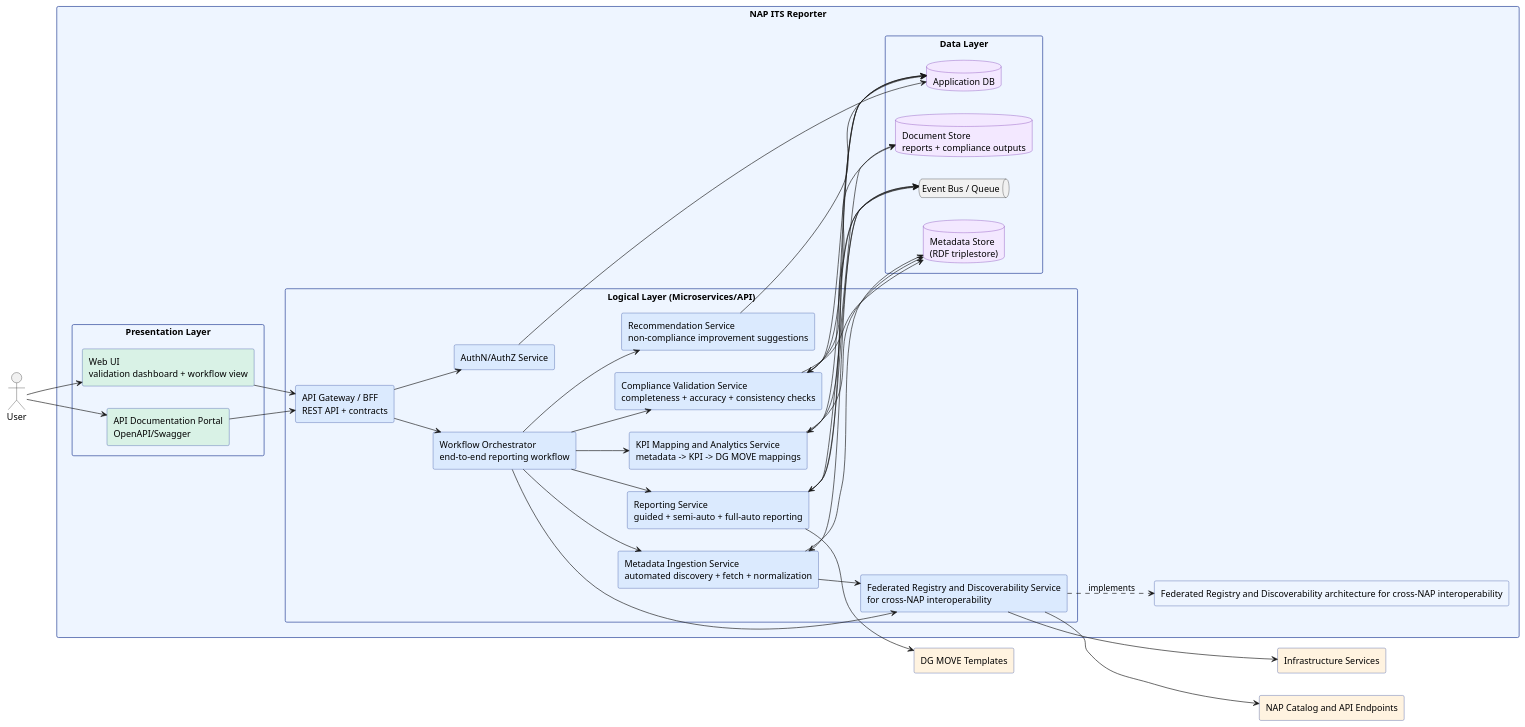
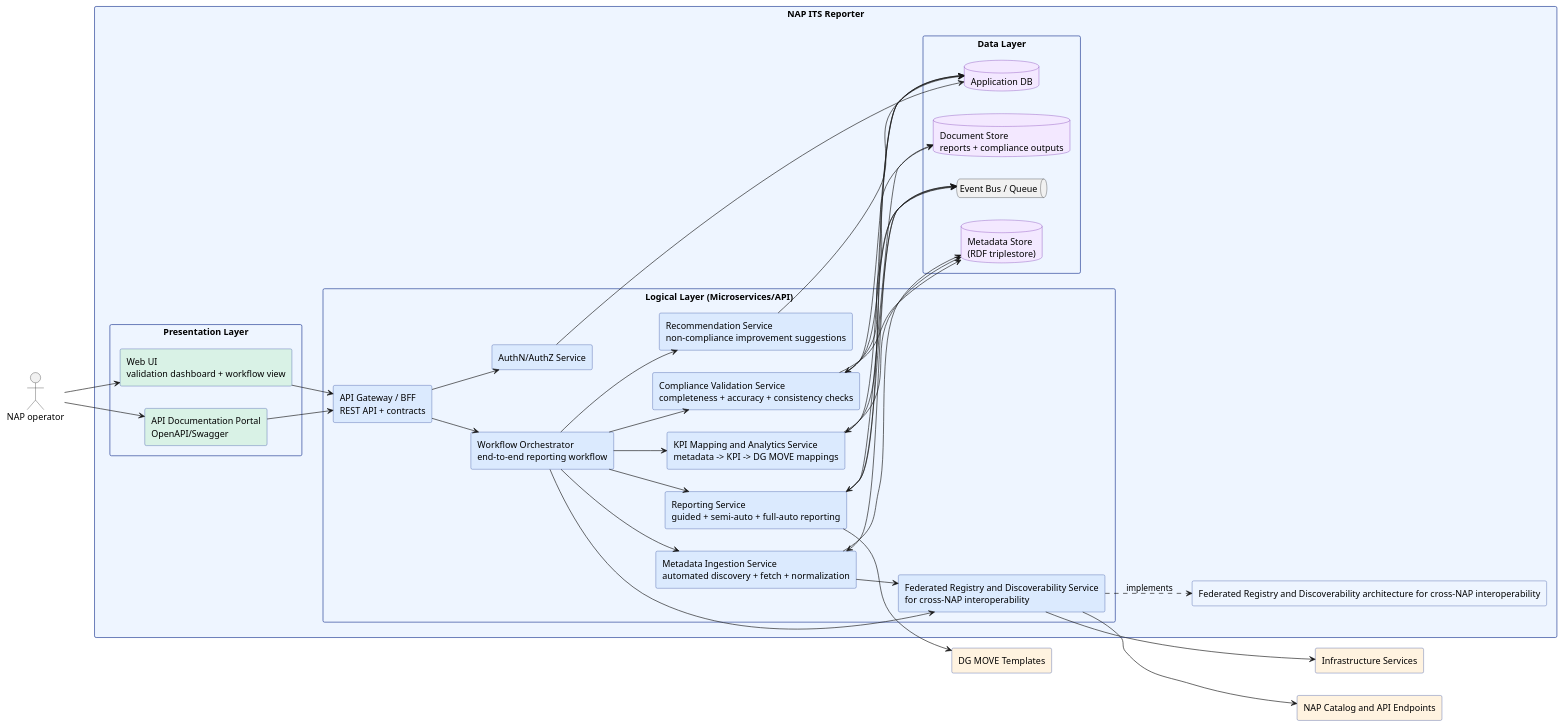
One commit to UM-KGPI/Napcore-ITS-Reporting changed the diagram in docs/architecture/puml/container.puml. Above: the diagram before and after it, drawn with PlantUML. The commit also changed 7 other files, not shown here.

Commit message:
Use NAP operator stakeholder and add Mermaid SVG export

```diff
--- a/docs/architecture/puml/container.puml
+++ b/docs/architecture/puml/container.puml
@@ -1,86 +1,86 @@
 @startuml
 ' Container Diagram (Level 2)
 skinparam shadowing false
 skinparam componentStyle rectangle
 skinparam packageStyle rectangle
 left to right direction
 
 skinparam rectangle {
   BackgroundColor #eef5ff
   BorderColor #1f3a93
 }
 skinparam database {
   BackgroundColor #f3e8ff
   BorderColor #6b21a8
 }
 
-actor "User" as USER
+actor "NAP operator" as USER
 
 package "NAP ITS Reporter" {
   rectangle "Federated Registry and Discoverability architecture for cross-NAP interoperability" as PATTERN #eef5ff
 
   package "Presentation Layer" {
     rectangle "Web UI\nvalidation dashboard + workflow view" as UI #d9f2e6
     rectangle "API Documentation Portal\nOpenAPI/Swagger" as APIDOC #d9f2e6
   }
 
   package "Logical Layer (Microservices/API)" {
     rectangle "API Gateway / BFF\nREST API + contracts" as BFF #dbeafe
     rectangle "Metadata Ingestion Service\nautomated discovery + fetch + normalization" as ING #dbeafe
     rectangle "Federated Registry and Discoverability Service\nfor cross-NAP interoperability" as REGDISC #dbeafe
     rectangle "Compliance Validation Service\ncompleteness + accuracy + consistency checks" as VAL #dbeafe
     rectangle "KPI Mapping and Analytics Service\nmetadata -> KPI -> DG MOVE mappings" as KPI #dbeafe
     rectangle "Reporting Service\nguided + semi-auto + full-auto reporting" as REP #dbeafe
     rectangle "Recommendation Service\nnon-compliance improvement suggestions" as REC #dbeafe
     rectangle "Workflow Orchestrator\nend-to-end reporting workflow" as WF #dbeafe
     rectangle "AuthN/AuthZ Service" as IAM #dbeafe
   }
 
   package "Data Layer" {
     database "Metadata Store\n(RDF triplestore)" as META
     database "Application DB" as APPDB
     database "Document Store\nreports + compliance outputs" as DOCS
     queue "Event Bus / Queue" as MQ
   }
 }
 
 rectangle "NAP Catalog and API Endpoints" as NAP #fff3e0
 rectangle "Infrastructure Services" as INFRA #fff3e0
 rectangle "DG MOVE Templates" as DGT #fff3e0
 
 USER --> UI
 UI --> BFF
 USER --> APIDOC
 APIDOC --> BFF
 BFF --> IAM
 BFF --> WF
 
 WF --> ING
 WF --> REGDISC
 WF --> VAL
 WF --> KPI
 WF --> REP
 WF --> REC
 
 ING --> REGDISC
 REGDISC ..> PATTERN : implements
 REGDISC --> NAP
 REGDISC --> INFRA
 ING --> META
 VAL --> META
 VAL --> APPDB
 VAL --> DOCS
 KPI --> META
 KPI --> APPDB
 REP --> DGT
 REP --> DOCS
 REP --> APPDB
 REC --> APPDB
 
 ING <--> MQ
 VAL <--> MQ
 KPI <--> MQ
 REP <--> MQ
 
 IAM --> APPDB
 @enduml
```
